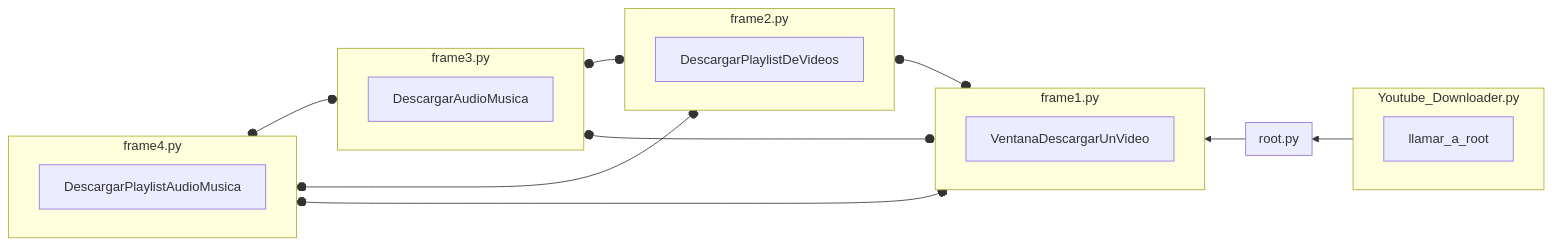
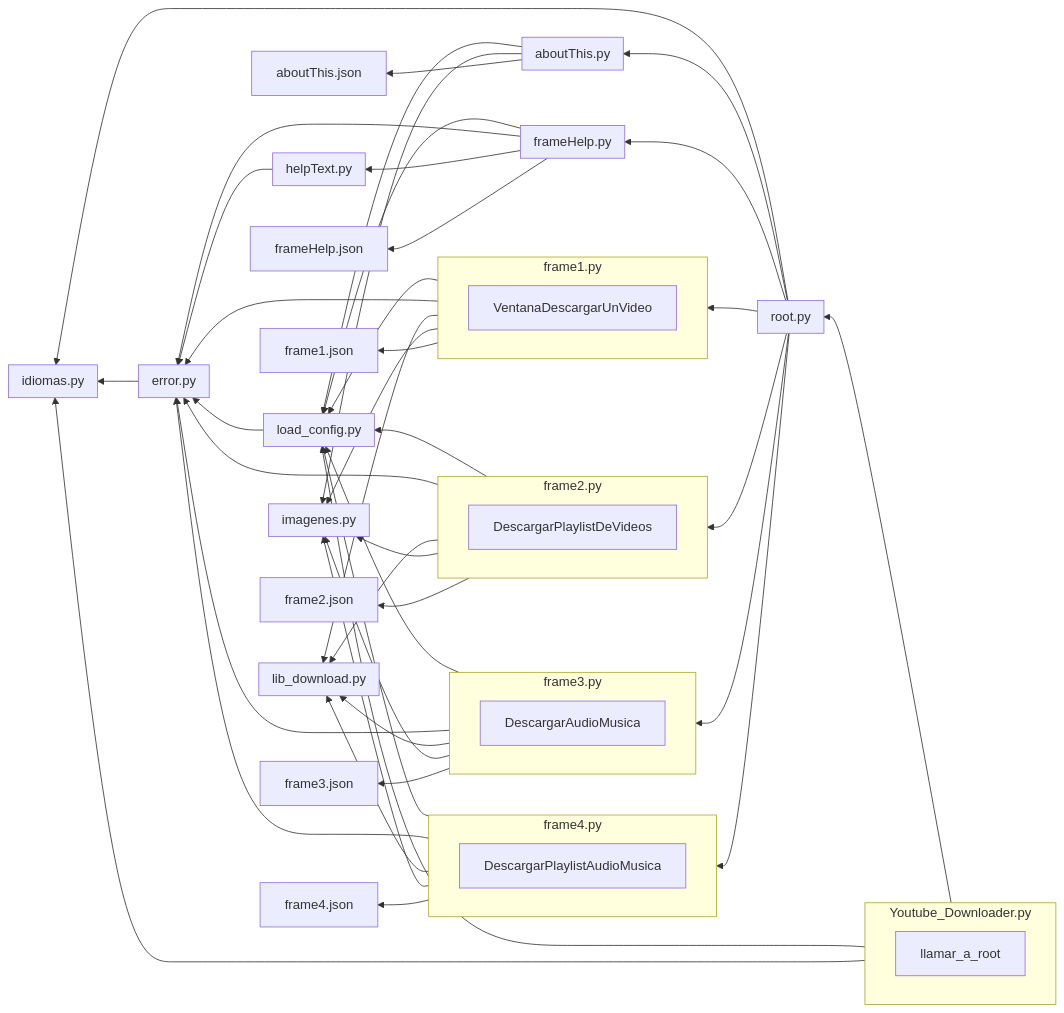
Before and after one commit to Maalfer/Youtube_Downloader: the diagram in README.md, drawn with Mermaid. The commit also changed other lines of this file and 20 other files, not shown here.

Commit message:
Añadiendo idiomas, generando archivos json de configuracion y etc

````diff
--- a/README.md
+++ b/README.md
@@ -18,4 +227,4 @@
-```mermaid 
+```mermaid
 flowchart RL
     subgraph frame1.py
       direction RL
@@ -23,22 +232,54 @@
     end
 
     subgraph frame2.py
-        direction RL    
+        direction RL
         DescargarPlaylistDeVideos
     end
 
     subgraph frame3.py
-        direction RL    
+        direction RL
         DescargarAudioMusica
     end
 
     subgraph frame4.py
-        direction RL    
+        direction RL
         DescargarPlaylistAudioMusica
     end
 
+    subgraph load_config.py
+        direction RL
+    end
+
     subgraph root.py
-        direction RL    
+        direction RL
+    end
+
+    subgraph aboutThis.py
+        direction RL
+    end
+
+    subgraph frameHelp.py
+        direction RL
+    end
+
+    subgraph lib_download.py
+        direction RL
+    end
+
+    subgraph imagenes.py
+        direction RL
+    end
+
+    subgraph helpText.py
+        direction RL
+    end
+
+    subgraph error.py
+        direction RL
+    end
+
+    subgraph idiomas.py
+        direction RL
     end
 
     subgraph Youtube_Downloader.py
@@ -46,17 +287,63 @@
         llamar_a_root
     end
 
-    
-  Youtube_Downloader.py --> root.py
-  root.py --> frame1.py
-  frame1.py o--o frame2.py
-  frame2.py o--o frame3.py
-  frame3.py o--o frame4.py
-  frame4.py o--o frame1.py
-  frame2.py o--o frame4.py
-  frame3.py o--o frame1.py
+  error.py --> idiomas.py
+  root.py --> idiomas.py
 
 
-  
-  
+  load_config.py --> error.py
+
+  frame1.py --> load_config.py
+  frame1.py --> error.py
+  frame1.py --> lib_download.py
+  frame1.py --> imagenes.py
+  frame1.py --> frame1.json
+
+  frame2.py --> load_config.py
+  frame2.py --> error.py
+  frame2.py --> lib_download.py
+  frame2.py --> imagenes.py
+  frame2.py --> frame2.json
+
+  frame3.py --> load_config.py
+  frame3.py --> error.py
+  frame3.py --> lib_download.py
+  frame3.py --> imagenes.py
+  frame3.py --> frame3.json
+
+  frame4.py --> load_config.py
+  frame4.py --> error.py
+  frame4.py --> lib_download.py
+  frame4.py --> imagenes.py
+  frame4.py --> frame4.json
+
+  aboutThis.py --> load_config.py
+  aboutThis.py --> imagenes.py
+  aboutThis.py --> aboutThis.json
+
+  frameHelp.py --> load_config.py
+  frameHelp.py --> error.py
+  frameHelp.py --> helpText.py
+  frameHelp.py --> frameHelp.json
+
+  helpText.py --> error.py
+
+  Youtube_Downloader.py --> root.py
+  Youtube_Downloader.py --> load_config.py
+  Youtube_Downloader.py --> idiomas.py
+
+   root.py --> frame1.py
+   root.py --> frame2.py
+   root.py --> frame3.py
+   root.py --> frame4.py
+   root.py --> aboutThis.py
+   root.py --> frameHelp.py
+
+
+
+
+
+
+
+
 ```
````
